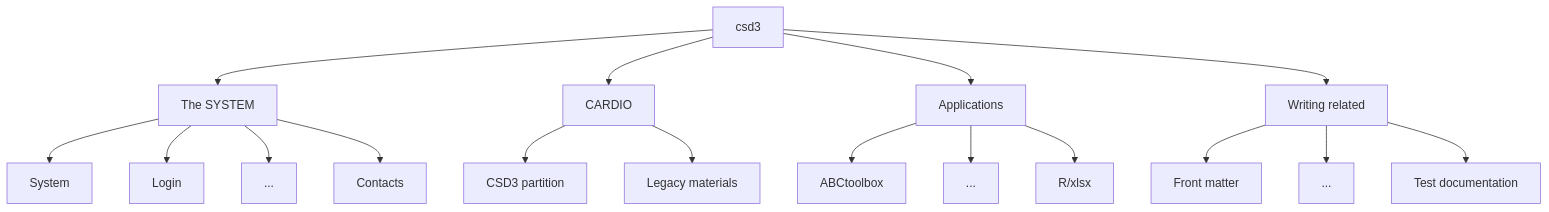
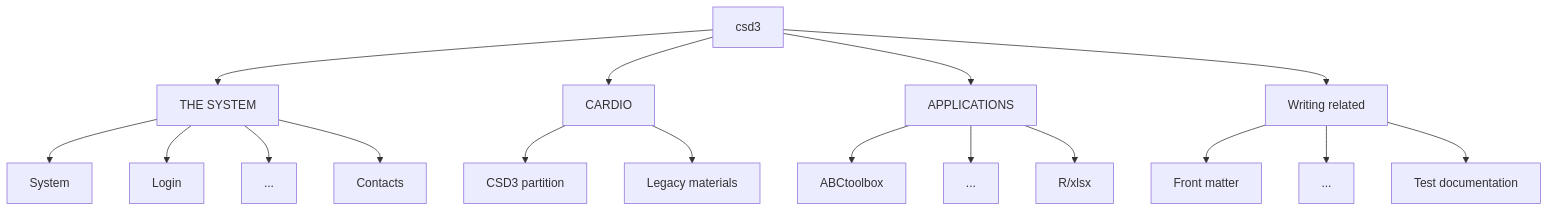
The diagram in docs/README.md (cambridge-ceu/csd3), drawn with Mermaid before and after one commit.

````diff
--- a/docs/README.md
+++ b/docs/README.md
@@ -10,19 +10,19 @@
 ```mermaid
 graph TB;
-csd3 --> system["The SYSTEM"]
+csd3 --> system["THE SYSTEM"]
 csd3 --> cardio["CARDIO"]
-csd3 --> applications["Applications"]
+csd3 --> applications["APPLICATIONS"]
 csd3 --> wr["Writing related"]
 system --> System
 system --> Login
 system --> sysdot["..."]
 system --> Contacts
 cardio --> cp["CSD3 partition"]
 cardio --> lm["Legacy materials"]
 applications --> ABCtoolbox
 applications --> appdot["..."]
 applications --> R/xlsx
 wr --> fr["Front matter"]
 wr --> wrdot["..."]
 wr --> td["Test documentation"]
 ```
````
